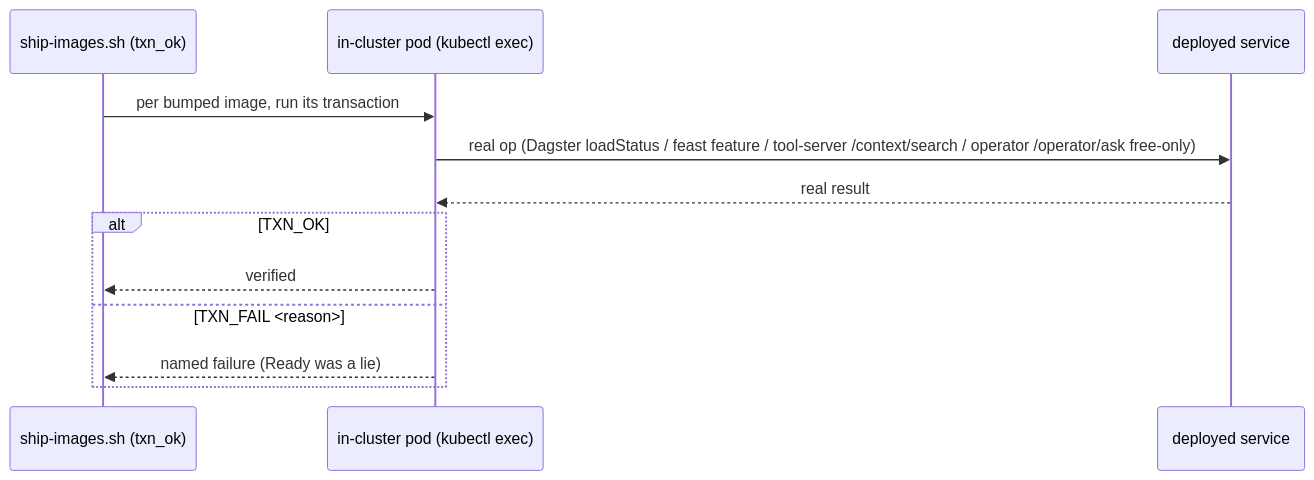
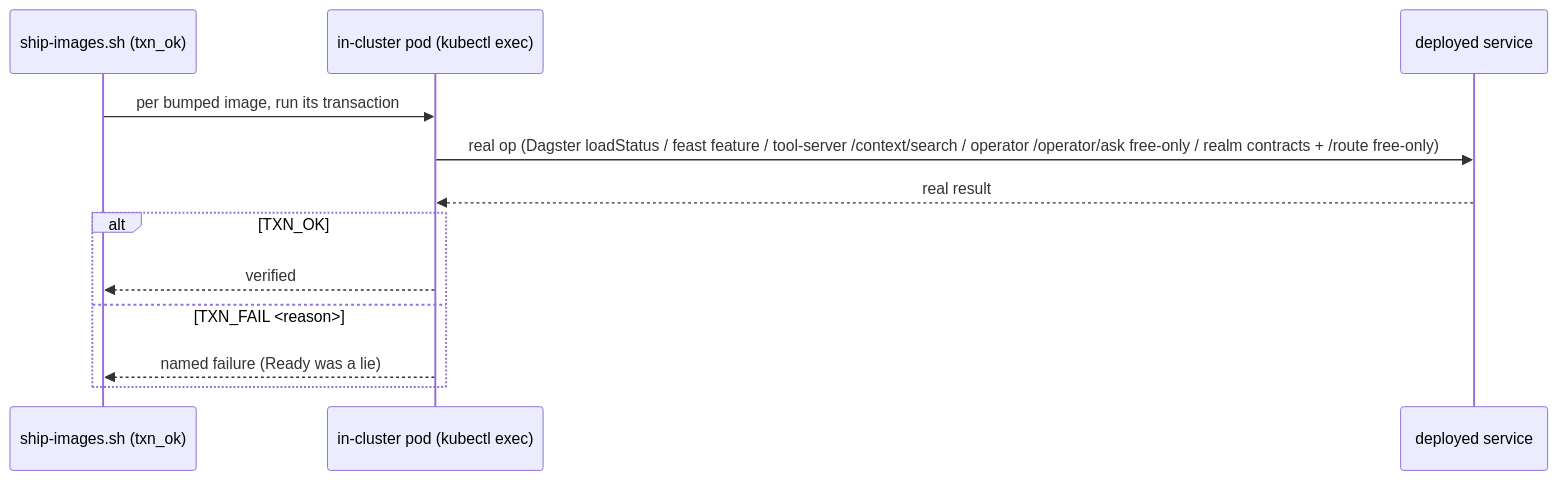
The fourth of 6 diagrams in docs/diagrams/flow-cicd-hardening.md (edtbl76/weyland-lab), drawn with Mermaid before and after one commit. The commit also changed 18 other files, not shown here.

First line of the commit message:
**Introduce free-only mode for Realm transactions**

````diff
--- a/docs/diagrams/flow-cicd-hardening.md
+++ b/docs/diagrams/flow-cicd-hardening.md
@@ -60,14 +60,14 @@
 ```mermaid
 sequenceDiagram
     participant Ship as ship-images.sh (txn_ok)
     participant Pod as in-cluster pod (kubectl exec)
     participant Svc as deployed service
     Ship->>Pod: per bumped image, run its transaction
-    Pod->>Svc: real op (Dagster loadStatus / feast feature / tool-server /context/search / operator /operator/ask free-only)
+    Pod->>Svc: real op (Dagster loadStatus / feast feature / tool-server /context/search / operator /operator/ask free-only / realm contracts + /route free-only)
     Svc-->>Pod: real result
     alt TXN_OK
         Pod-->>Ship: verified
     else TXN_FAIL <reason>
         Pod-->>Ship: named failure (Ready was a lie)
     end
 ```
````
